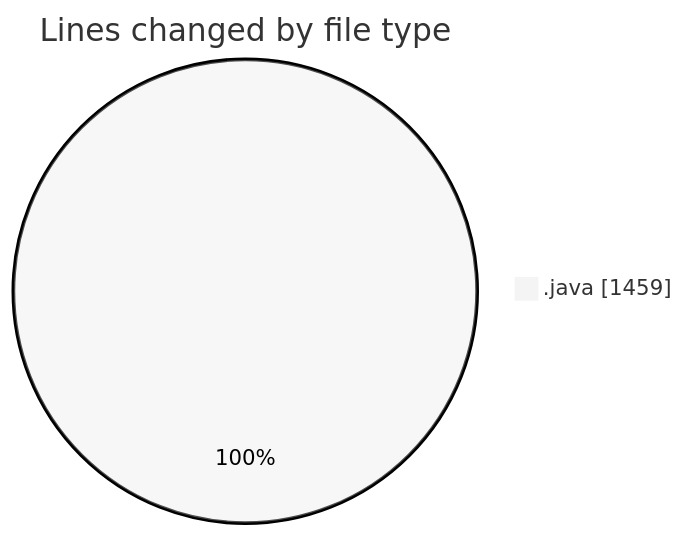
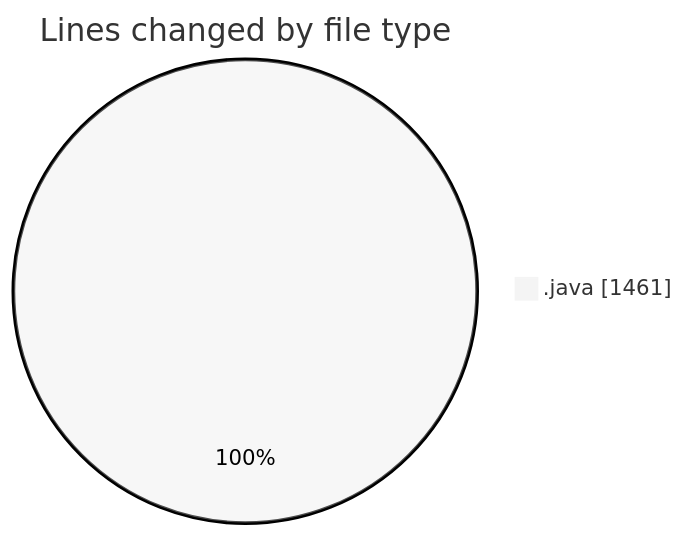
One commit to ricardozamudiocil/code-tracking changed the first of 2 diagrams in 2026-07-21/cilreports__workspace_/README.md. Above: the diagram before and after it, drawn with Mermaid (neutral theme). The commit also changed other lines of this file and 1 other file, not shown here.

````diff
--- a/2026-07-21/cilreports__workspace_/README.md
+++ b/2026-07-21/cilreports__workspace_/README.md
@@ -22,5 +22,5 @@
 ```mermaid
 pie showData
 title Lines changed by file type
-".java" : 1459
+".java" : 1461
 ```
````
